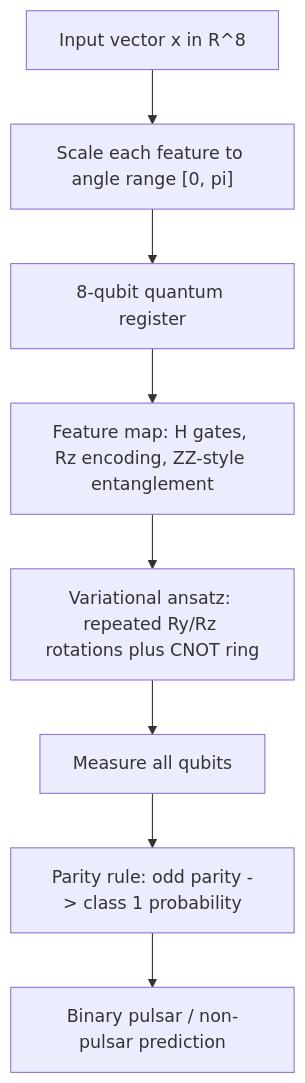
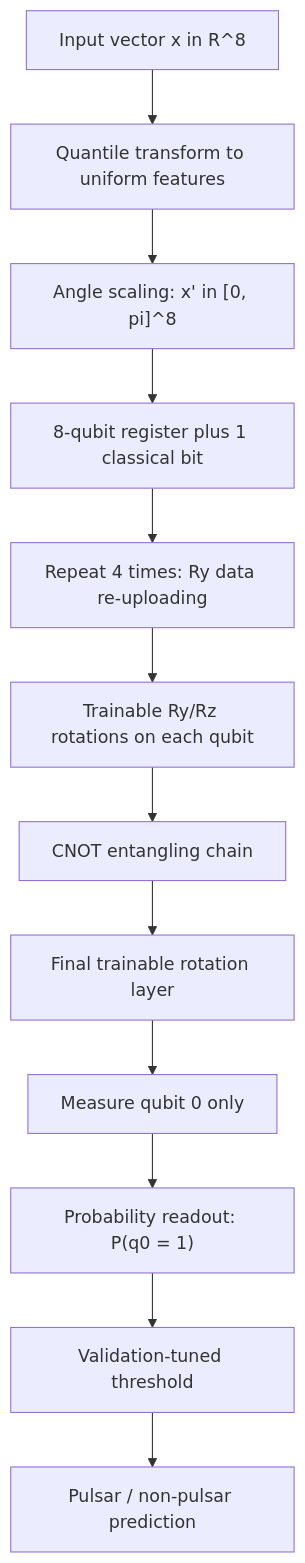
One commit to Abhinaba925/Quantum-Machine-Learning changed the second of 2 diagrams in README.md. Above: the diagram before and after it, drawn with Mermaid. The commit also changed other lines of this file and 2 other files, not shown here.

````diff
--- a/README.md
+++ b/README.md
@@ -58,10 +98,14 @@
 ```mermaid
 flowchart TB
-    X["Input vector x in R^8"] --> S["Scale each feature to angle range [0, pi]"]
-    S --> Q["8-qubit quantum register"]
-    Q --> FM["Feature map: H gates, Rz encoding, ZZ-style entanglement"]
-    FM --> VA["Variational ansatz: repeated Ry/Rz rotations plus CNOT ring"]
-    VA --> M["Measure all qubits"]
-    M --> P["Parity rule: odd parity -> class 1 probability"]
-    P --> O["Binary pulsar / non-pulsar prediction"]
+    X["Input vector x in R^8"] --> S["Quantile transform to uniform features"]
+    S --> A["Angle scaling: x' in [0, pi]^8"]
+    A --> Q["8-qubit register plus 1 classical bit"]
+    Q --> R1["Repeat 4 times: Ry data re-uploading"]
+    R1 --> R2["Trainable Ry/Rz rotations on each qubit"]
+    R2 --> E["CNOT entangling chain"]
+    E --> F["Final trainable rotation layer"]
+    F --> M["Measure qubit 0 only"]
+    M --> P["Probability readout: P(q0 = 1)"]
+    P --> T["Validation-tuned threshold"]
+    T --> O["Pulsar / non-pulsar prediction"]
 ```
````
